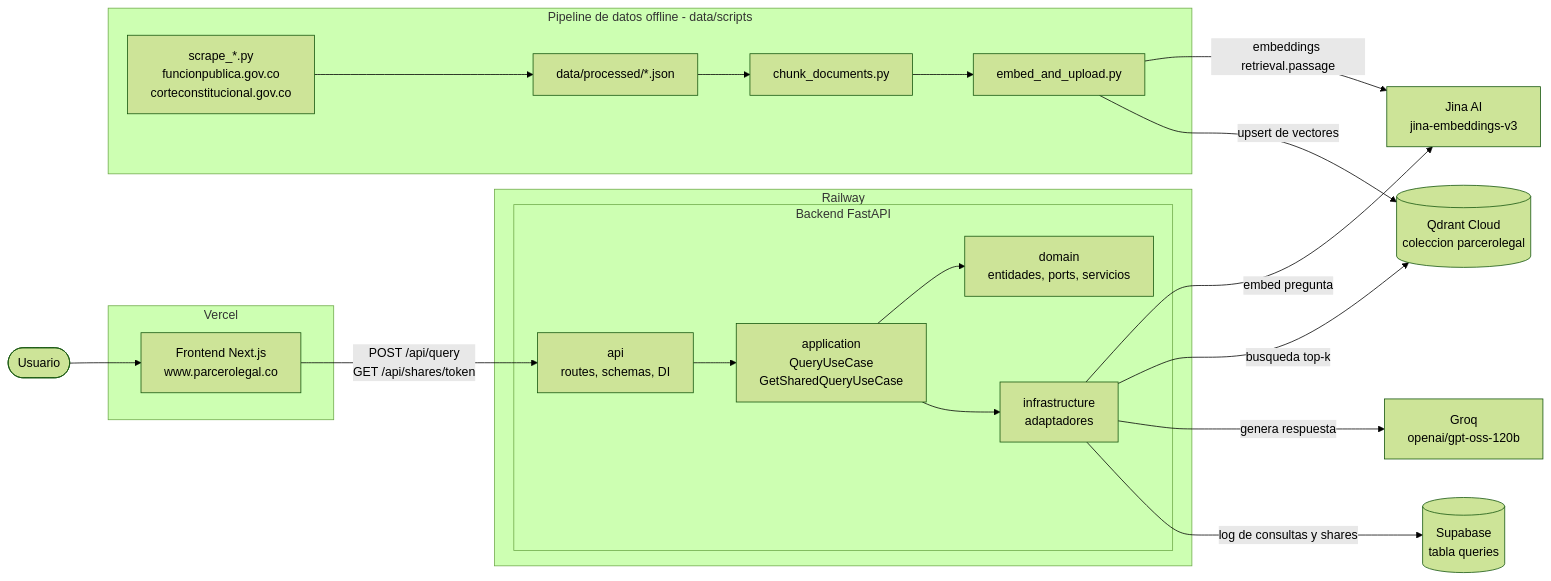
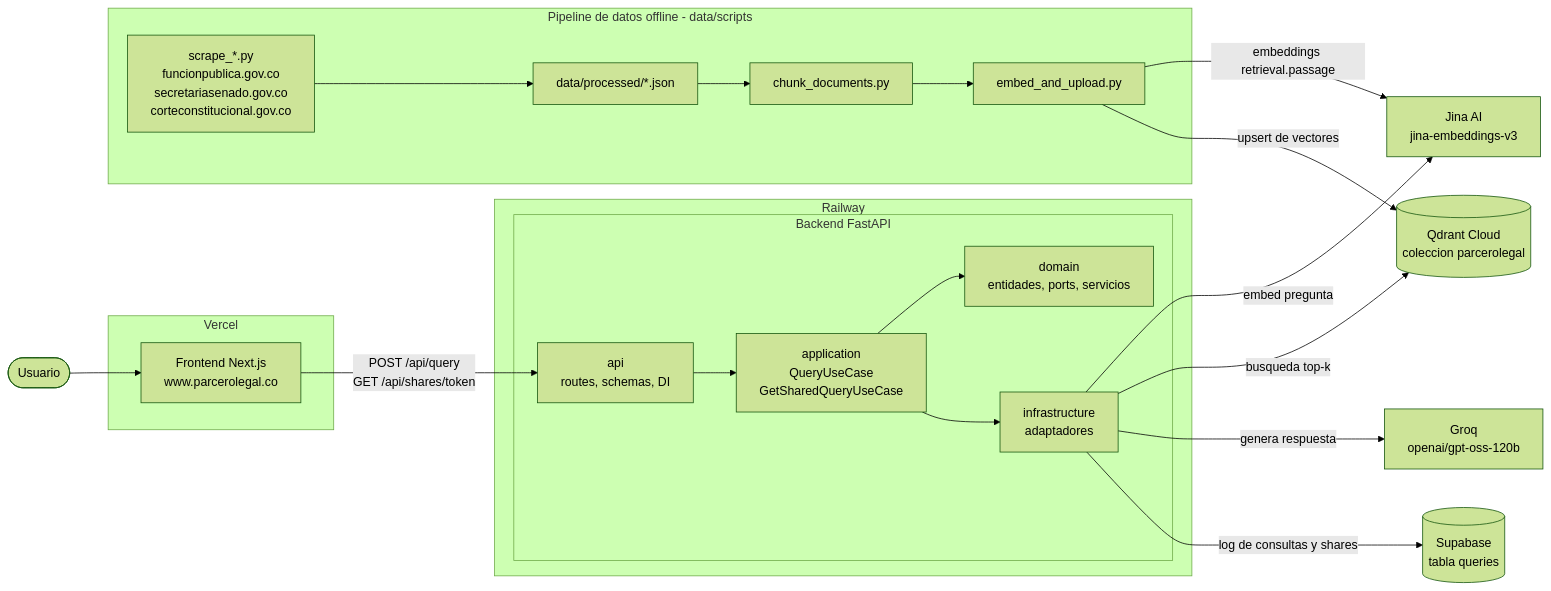
The first of 2 diagrams in README.md (jsparadacelis/parcerolegal), drawn with Mermaid (forest theme) before and after one commit. The commit also changed other lines of this file and 23 other files, not shown here.

````diff
--- a/README.md
+++ b/README.md
@@ -20,41 +21,41 @@
 ```mermaid
 flowchart LR
     user(["Usuario"])
 
     subgraph vercel["Vercel"]
         fe["Frontend Next.js<br/>www.parcerolegal.co"]
     end
 
     subgraph railway["Railway"]
         subgraph be["Backend FastAPI"]
             api["api<br/>routes, schemas, DI"]
             app["application<br/>QueryUseCase<br/>GetSharedQueryUseCase"]
             dom["domain<br/>entidades, ports, servicios"]
             infra["infrastructure<br/>adaptadores"]
         end
     end
 
     jina["Jina AI<br/>jina-embeddings-v3"]
     qdrant[("Qdrant Cloud<br/>coleccion parcerolegal")]
     groq["Groq<br/>openai/gpt-oss-120b"]
     supa[("Supabase<br/>tabla queries")]
 
     subgraph pipeline["Pipeline de datos offline - data/scripts"]
-        scr["scrape_*.py<br/>funcionpublica.gov.co<br/>corteconstitucional.gov.co"]
+        scr["scrape_*.py<br/>funcionpublica.gov.co<br/>secretariasenado.gov.co<br/>corteconstitucional.gov.co"]
         proc["data/processed/*.json"]
         chunk["chunk_documents.py"]
         emb["embed_and_upload.py"]
         scr --> proc --> chunk --> emb
     end
 
     user --> fe
     fe -- "POST /api/query<br/>GET /api/shares/token" --> api
     api --> app --> dom
     app --> infra
     infra -- "embed pregunta" --> jina
     infra -- "busqueda top-k" --> qdrant
     infra -- "genera respuesta" --> groq
     infra -- "log de consultas y shares" --> supa
     emb -- "embeddings retrieval.passage" --> jina
     emb -- "upsert de vectores" --> qdrant
 ```
````
